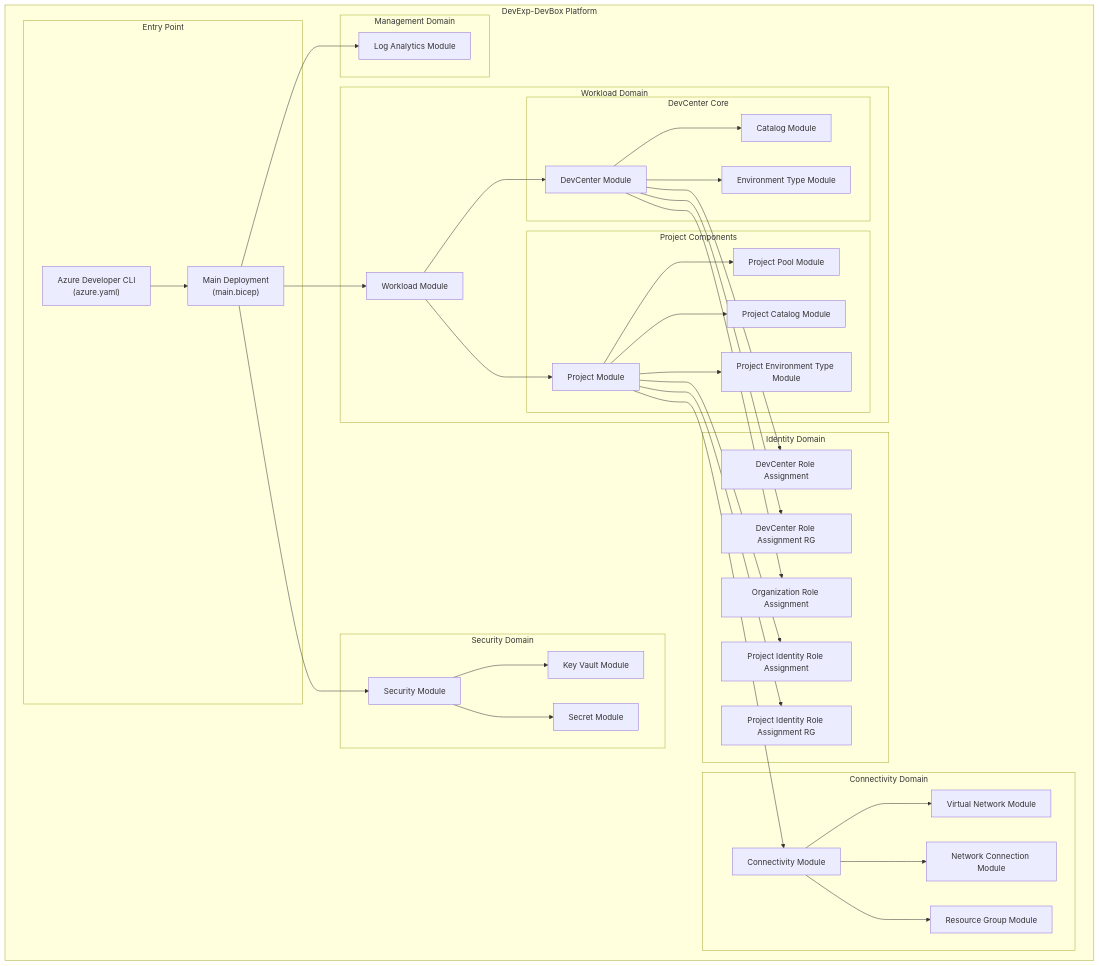
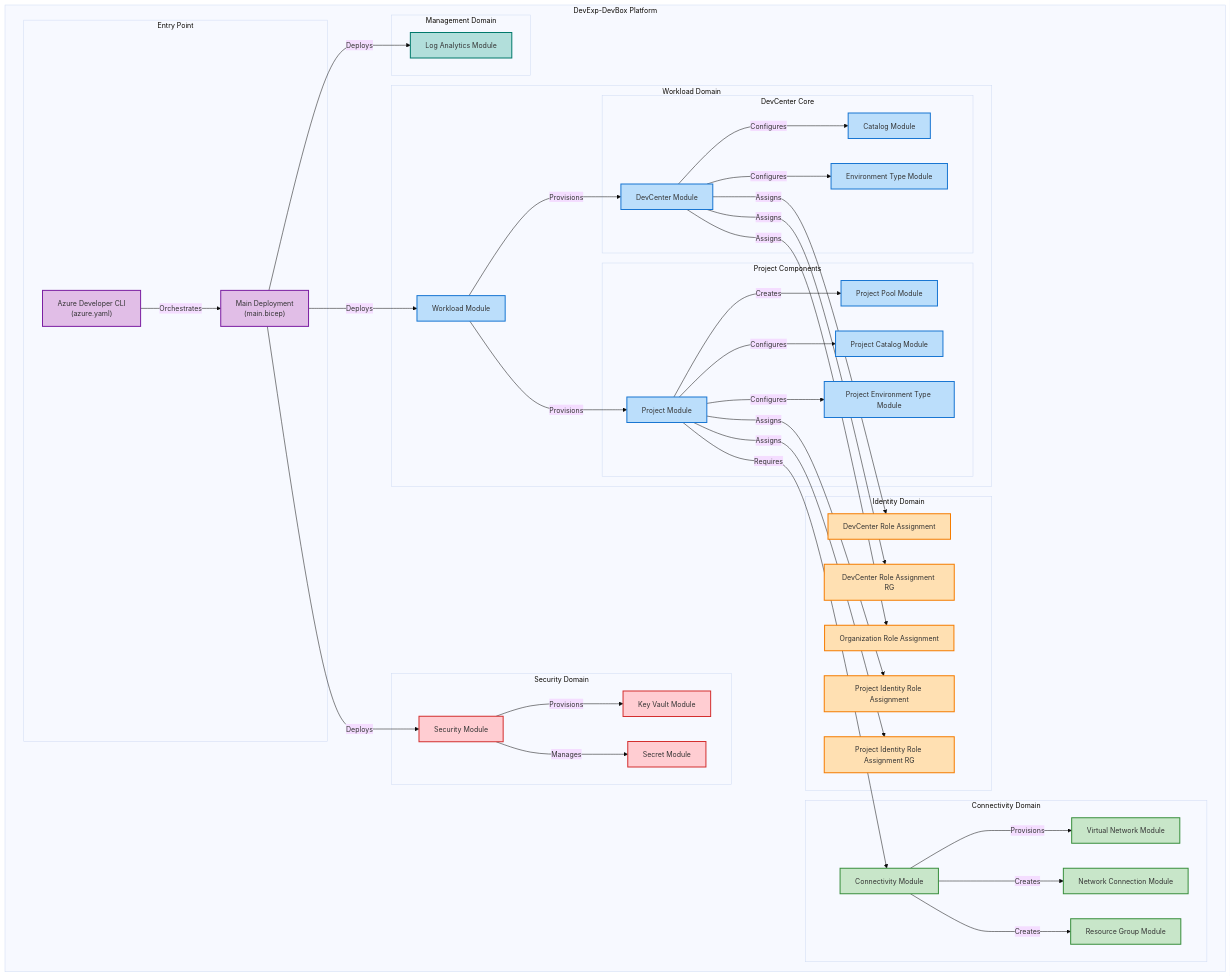
The first of 4 diagrams in docs/architecture/Application.md (Evilazaro/DevExp-DevBox), drawn with Mermaid before and after one commit. The commit also changed other lines of this file, not shown here.

Commit message:
docs: enhance Application Architecture diagrams with Material Design styling and improved clarity

````diff
--- a/docs/architecture/Application.md
+++ b/docs/architecture/Application.md
@@ -77,19 +77,30 @@
 ```mermaid
+%%{init: {'theme': 'base', 'themeVariables': {'fontSize': '14px'}}}%%
 flowchart TB
-    subgraph "DevExp-DevBox Platform"
-        subgraph "Entry Point"
-            azure_yaml["Azure Developer CLI<br/>(azure.yaml)"]
-            main_bicep["Main Deployment<br/>(main.bicep)"]
+    %% Style definitions using Material Design 300-level colors
+    classDef entryPoint fill:#E1BEE7,stroke:#7B1FA2,stroke-width:2px
+    classDef workload fill:#BBDEFB,stroke:#1976D2,stroke-width:2px
+    classDef security fill:#FFCDD2,stroke:#D32F2F,stroke-width:2px
+    classDef connectivity fill:#C8E6C9,stroke:#388E3C,stroke-width:2px
+    classDef identity fill:#FFE0B2,stroke:#F57C00,stroke-width:2px
+    classDef management fill:#B2DFDB,stroke:#00796B,stroke-width:2px
+    classDef core fill:#E3F2FD,stroke:#1565C0,stroke-width:1px
+    classDef project fill:#E8F5E9,stroke:#2E7D32,stroke-width:1px
+
+    subgraph Platform["DevExp-DevBox Platform"]
+        subgraph EntryPoint["Entry Point"]
+            azureYaml["Azure Developer CLI<br/>(azure.yaml)"]
+            mainBicep["Main Deployment<br/>(main.bicep)"]
         end
 
-        subgraph "Workload Domain"
+        subgraph WorkloadDomain["Workload Domain"]
             workload["Workload Module"]
-            subgraph "DevCenter Core"
+            subgraph DevCenterCore["DevCenter Core"]
                 devcenter["DevCenter Module"]
                 catalog["Catalog Module"]
                 envtype["Environment Type Module"]
             end
-            subgraph "Project Components"
+            subgraph ProjectComponents["Project Components"]
                 project["Project Module"]
                 pool["Project Pool Module"]
                 projcatalog["Project Catalog Module"]
@@ -97,56 +108,68 @@
             end
         end
 
-        subgraph "Security Domain"
+        subgraph SecurityDomain["Security Domain"]
             security["Security Module"]
             keyvault["Key Vault Module"]
             secret["Secret Module"]
         end
 
-        subgraph "Connectivity Domain"
+        subgraph ConnectivityDomain["Connectivity Domain"]
             connectivity["Connectivity Module"]
             vnet["Virtual Network Module"]
             netconn["Network Connection Module"]
-            rg_module["Resource Group Module"]
+            rgModule["Resource Group Module"]
         end
 
-        subgraph "Identity Domain"
-            dc_role["DevCenter Role Assignment"]
-            dc_role_rg["DevCenter Role Assignment RG"]
-            org_role["Organization Role Assignment"]
-            proj_role["Project Identity Role Assignment"]
-            proj_role_rg["Project Identity Role Assignment RG"]
+        subgraph IdentityDomain["Identity Domain"]
+            dcRole["DevCenter Role Assignment"]
+            dcRoleRg["DevCenter Role Assignment RG"]
+            orgRole["Organization Role Assignment"]
+            projRole["Project Identity Role Assignment"]
+            projRoleRg["Project Identity Role Assignment RG"]
         end
 
-        subgraph "Management Domain"
+        subgraph ManagementDomain["Management Domain"]
             loganalytics["Log Analytics Module"]
         end
     end
 
-    azure_yaml --> main_bicep
-    main_bicep --> workload
-    main_bicep --> security
-    main_bicep --> loganalytics
+    %% Entry Point flows
+    azureYaml -->|"Orchestrates"| mainBicep
+    mainBicep -->|"Deploys"| workload
+    mainBicep -->|"Deploys"| security
+    mainBicep -->|"Deploys"| loganalytics
 
-    workload --> devcenter
-    devcenter --> catalog
-    devcenter --> envtype
-    devcenter --> dc_role
-    devcenter --> dc_role_rg
-    devcenter --> org_role
+    %% Workload Domain flows
+    workload -->|"Provisions"| devcenter
+    devcenter -->|"Configures"| catalog
+    devcenter -->|"Configures"| envtype
+    devcenter -->|"Assigns"| dcRole
+    devcenter -->|"Assigns"| dcRoleRg
+    devcenter -->|"Assigns"| orgRole
 
-    workload --> project
-    project --> pool
-    project --> projcatalog
-    project --> projenvtype
-    project --> connectivity
-    project --> proj_role
-    project --> proj_role_rg
+    workload -->|"Provisions"| project
+    project -->|"Creates"| pool
+    project -->|"Configures"| projcatalog
+    project -->|"Configures"| projenvtype
+    project -->|"Requires"| connectivity
+    project -->|"Assigns"| projRole
+    project -->|"Assigns"| projRoleRg
 
-    security --> keyvault
-    security --> secret
+    %% Security Domain flows
+    security -->|"Provisions"| keyvault
+    security -->|"Manages"| secret
 
-    connectivity --> vnet
-    connectivity --> netconn
-    connectivity --> rg_module
+    %% Connectivity Domain flows
+    connectivity -->|"Provisions"| vnet
+    connectivity -->|"Creates"| netconn
+    connectivity -->|"Creates"| rgModule
+
+    %% Apply styles to nodes
+    class azureYaml,mainBicep entryPoint
+    class workload,devcenter,catalog,envtype,project,pool,projcatalog,projenvtype workload
+    class security,keyvault,secret security
+    class connectivity,vnet,netconn,rgModule connectivity
+    class dcRole,dcRoleRg,orgRole,projRole,projRoleRg identity
+    class loganalytics management
 ```
````
